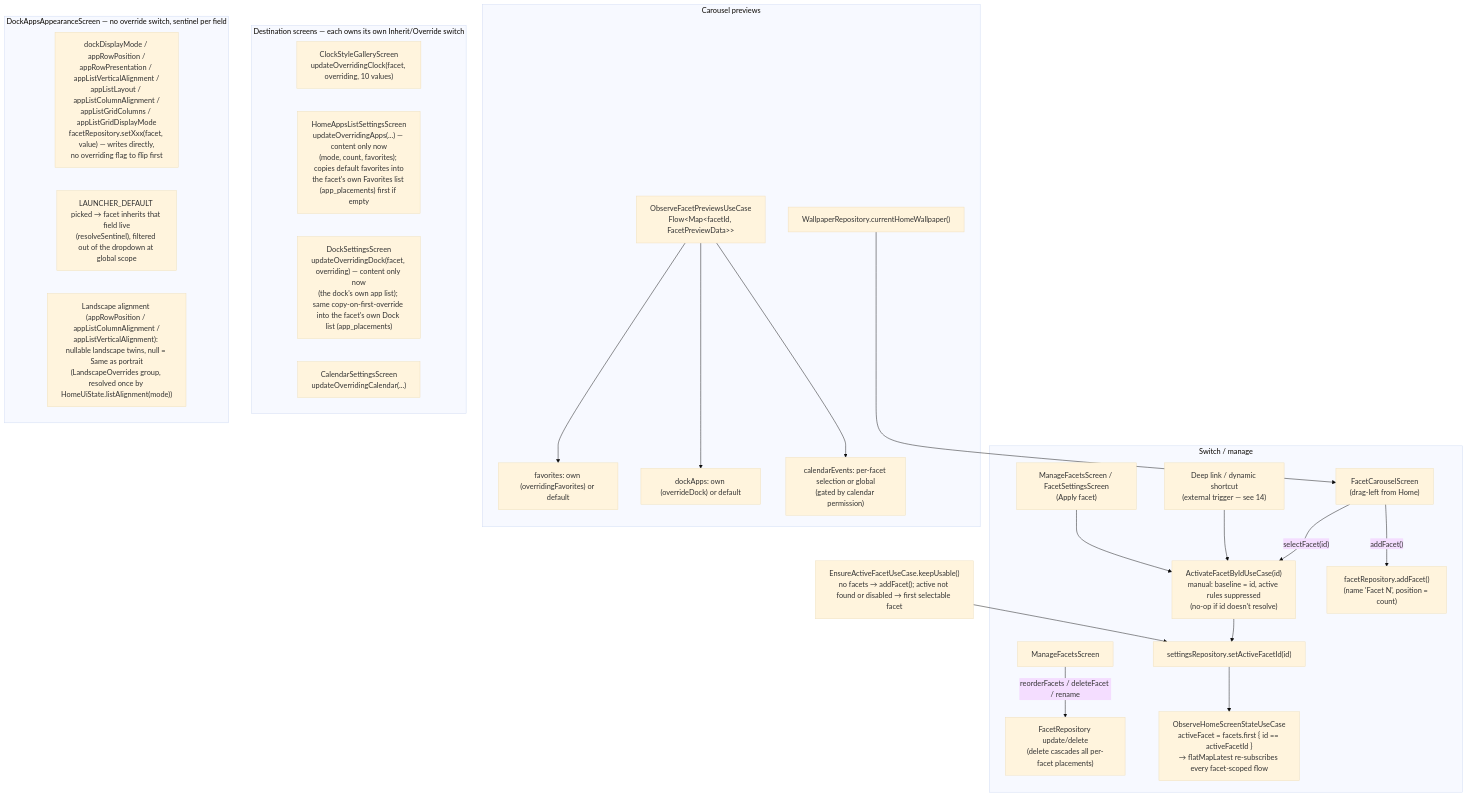
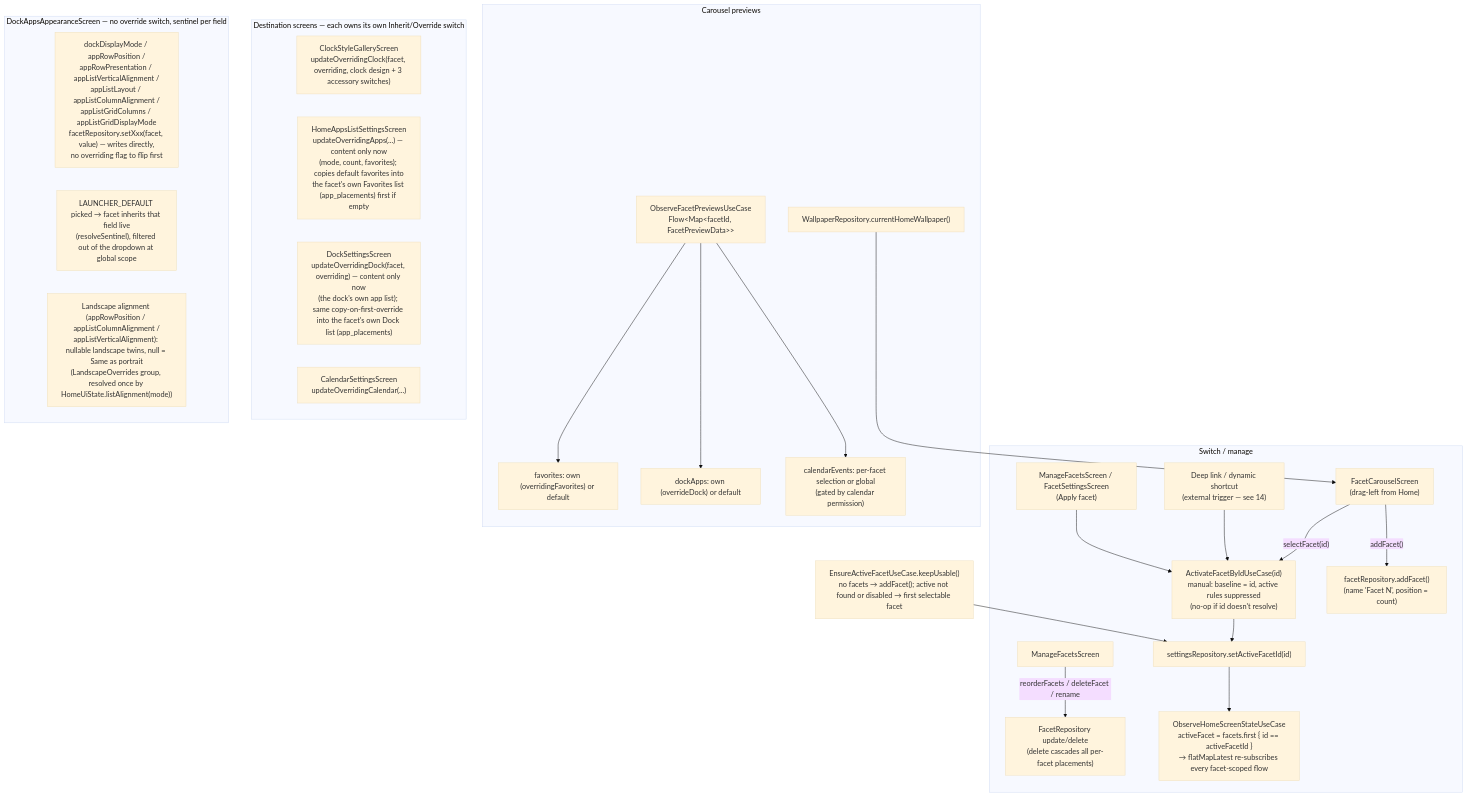
Before and after one commit to rohitganjam/facet-launcher: the first of 5 diagrams in docs/architecture/13-flow-facets-theme-notifications-onboarding.md, drawn with Mermaid (base theme). The commit also changed other lines of this file and 51 other files, not shown here.

First line of the commit message:
Weather: clock accessory, sheet and settings screens

````diff
--- a/docs/architecture/13-flow-facets-theme-notifications-onboarding.md
+++ b/docs/architecture/13-flow-facets-theme-notifications-onboarding.md
@@ -11,31 +11,31 @@
 ```mermaid
 flowchart TB
     subgraph SWITCH["Switch / manage"]
         CAR["FacetCarouselScreen\n(drag-left from Home)"] -- "selectFacet(id)" --> UC["ActivateFacetByIdUseCase(id)\nmanual: baseline = id, active rules suppressed\n(no-op if id doesn't resolve)"]
         EXT["Deep link / dynamic shortcut\n(external trigger — see 14)"] --> UC
         MANA["ManageFacetsScreen / FacetSettingsScreen\n(Apply facet)"] --> UC
         UC --> S1["settingsRepository.setActiveFacetId(id)"]
         CAR -- "addFacet()" --> S2["facetRepository.addFacet()\n(name 'Facet N', position = count)"]
         MAN["ManageFacetsScreen"] -- "reorderFacets / deleteFacet / rename" --> S3["FacetRepository update/delete\n(delete cascades all per-facet placements)"]
         S1 --> HOME["ObserveHomeScreenStateUseCase\nactiveFacet = facets.first { id == activeFacetId }\n→ flatMapLatest re-subscribes every facet-scoped flow"]
     end
     subgraph PREVIEW["Carousel previews"]
         OFP["ObserveFacetPreviewsUseCase\nFlow&lt;Map&lt;facetId, FacetPreviewData&gt;&gt;"]
         OFP --> P1["favorites: own (overridingFavorites) or default"]
         OFP --> P2["dockApps: own (overrideDock) or default"]
         OFP --> P3["calendarEvents: per-facet selection or global\n(gated by calendar permission)"]
         WP["WallpaperRepository.currentHomeWallpaper()"] --> CAR
     end
     subgraph OVERRIDE["Destination screens — each owns its own Inherit/Override switch"]
-        C1["ClockStyleGalleryScreen\nupdateOverridingClock(facet, overriding, 10 values)"]
+        C1["ClockStyleGalleryScreen\nupdateOverridingClock(facet, overriding, clock design + 3 accessory switches)"]
         C2["HomeAppsListSettingsScreen\nupdateOverridingApps(...) — content only now\n(mode, count, favorites); copies default favorites into\nthe facet's own Favorites list (app_placements) first if empty"]
         C3["DockSettingsScreen\nupdateOverridingDock(facet, overriding) — content only now\n(the dock's own app list); same copy-on-first-override into the facet's own Dock list (app_placements)"]
         C4["CalendarSettingsScreen\nupdateOverridingCalendar(...)"]
     end
     subgraph LOOK["DockAppsAppearanceScreen — no override switch, sentinel per field"]
         A1["dockDisplayMode / appRowPosition /\nappRowPresentation / appListVerticalAlignment /\nappListLayout / appListColumnAlignment /\nappListGridColumns / appListGridDisplayMode\nfacetRepository.setXxx(facet, value) — writes directly,\nno overriding flag to flip first"]
         A2["LAUNCHER_DEFAULT picked → facet inherits that field live\n(resolveSentinel), filtered out of the dropdown at global scope"]
         A3["Landscape alignment (appRowPosition / appListColumnAlignment /\nappListVerticalAlignment): nullable landscape twins, null = Same as portrait\n(LandscapeOverrides group, resolved once by HomeUiState.listAlignment(mode))"]
     end
     EAF["EnsureActiveFacetUseCase.keepUsable()\nno facets → addFacet(); active not found or disabled → first selectable facet"] --> S1
 ```
````
